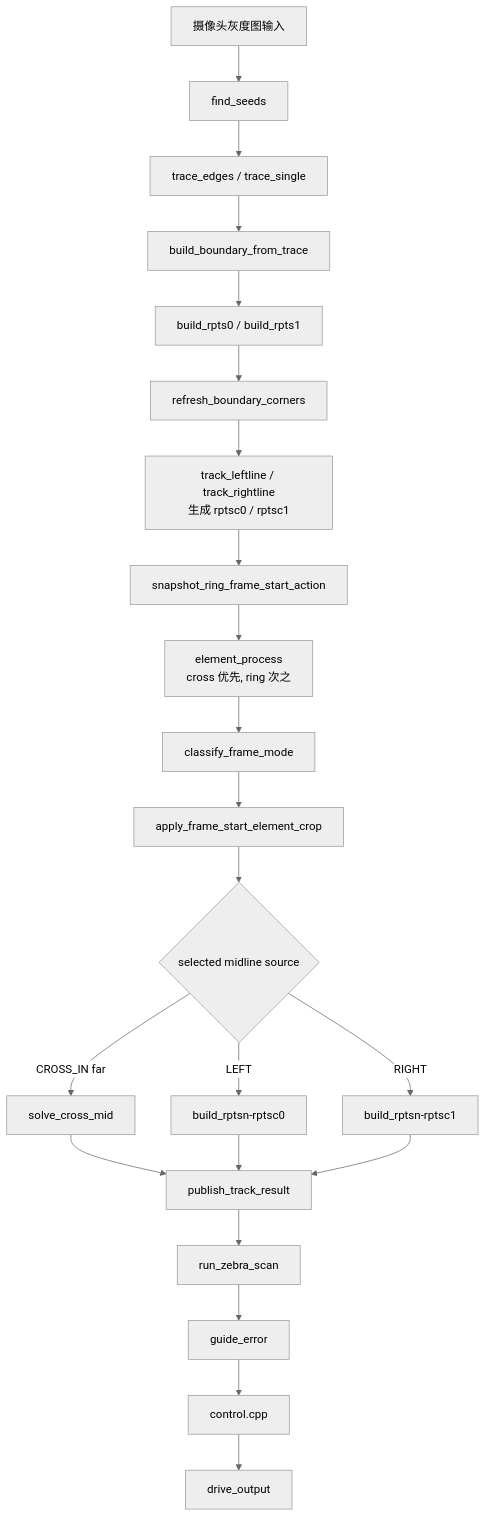
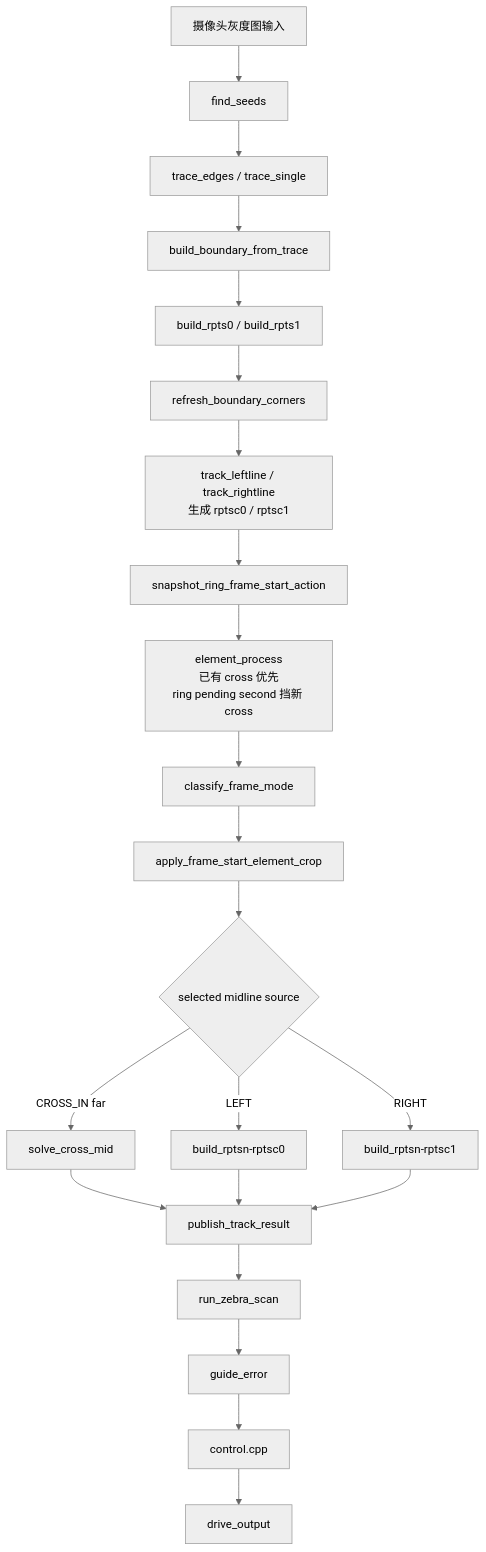
Before and after one commit to DWDROME/front_car_mainline: the diagram in docs/流程图.md, drawn with Mermaid (neutral theme). The commit also changed other lines of this file and 9 other files, not shown here.

````diff
--- a/docs/流程图.md
+++ b/docs/流程图.md
@@ -7,24 +7,24 @@
 ```mermaid
 flowchart TD
     A[摄像头灰度图输入] --> B[find_seeds]
     B --> C[trace_edges / trace_single]
     C --> D[build_boundary_from_trace]
     D --> E[build_rpts0 / build_rpts1]
     E --> F[refresh_boundary_corners]
     F --> G[track_leftline / track_rightline<br/>生成 rptsc0 / rptsc1]
     G --> H[snapshot_ring_frame_start_action]
-    H --> I[element_process<br/>cross 优先, ring 次之]
+    H --> I[element_process<br/>已有 cross 优先<br/>ring pending second 挡新 cross]
     I --> J[classify_frame_mode]
     J --> K[apply_frame_start_element_crop]
     K --> L{selected midline source}
     L -->|CROSS_IN far| M[solve_cross_mid]
     L -->|LEFT| N[build_rptsn-rptsc0]
     L -->|RIGHT| O[build_rptsn-rptsc1]
     M --> P[publish_track_result]
     N --> P
     O --> P
     P --> Q[run_zebra_scan]
     Q --> R[guide_error]
     R --> S[control.cpp]
     S --> T[drive_output]
 ```
````
